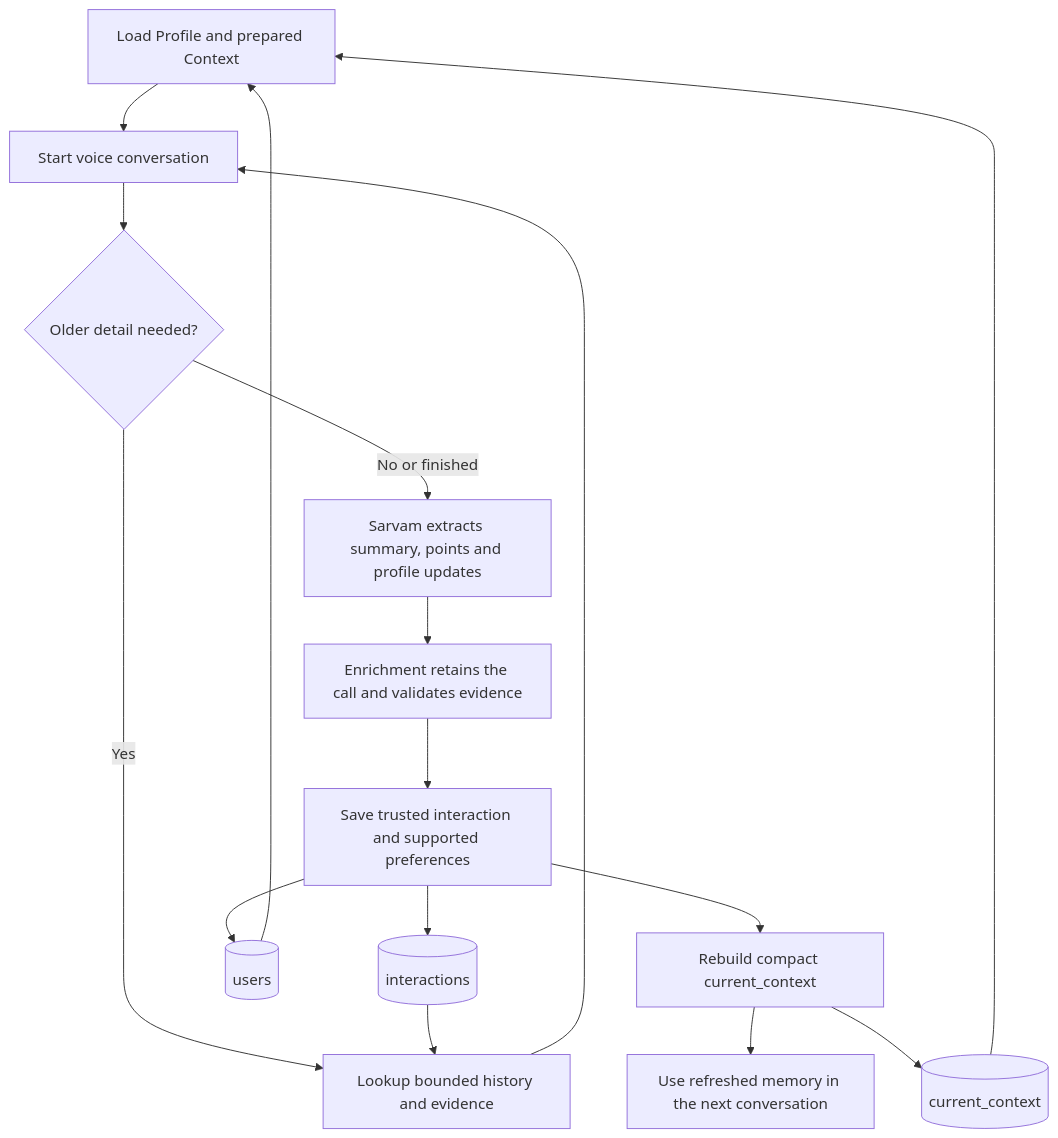
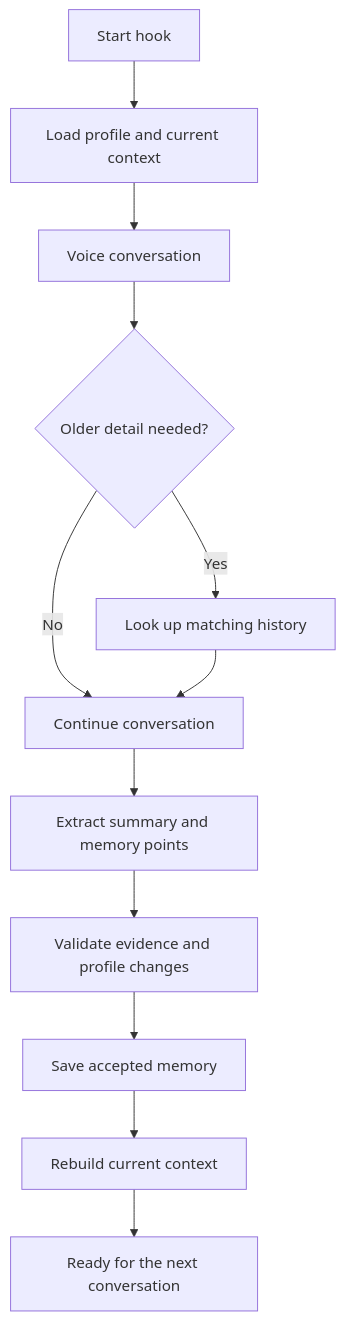
The diagram in README.md (chitransh100/Voice-Hackathon-IM), drawn with Mermaid before and after one commit.

Commit message:
Simplify README architecture diagram

````diff
--- a/README.md
+++ b/README.md
@@ -42,19 +42,14 @@
 ```mermaid
 flowchart TD
-    A[Load Profile and prepared Context] --> B[Start voice conversation]
-    B --> C{Older detail needed?}
-    C -->|Yes| D[Lookup bounded history and evidence]
-    D --> B
-    C -->|No or finished| E[Sarvam extracts summary, points and profile updates]
-    E --> F[Enrichment retains the call and validates evidence]
-    F --> G[Save trusted interaction and supported preferences]
-    G --> H[Rebuild compact current_context]
-    H --> I[Use refreshed memory in the next conversation]
-
-    P[(users)] --> A
-    DBASE[(interactions)] --> D
-    G --> P
-    G --> DBASE
-    H --> SNAP[(current_context)]
-    SNAP --> A
+    A[Start hook] --> B[Load profile and current context]
+    B --> C[Voice conversation]
+    C --> D{Older detail needed?}
+    D -->|Yes| E[Look up matching history]
+    D -->|No| F[Continue conversation]
+    E --> F
+    F --> G[Extract summary and memory points]
+    G --> H[Validate evidence and profile changes]
+    H --> I[Save accepted memory]
+    I --> J[Rebuild current context]
+    J --> K[Ready for the next conversation]
 ```
````
